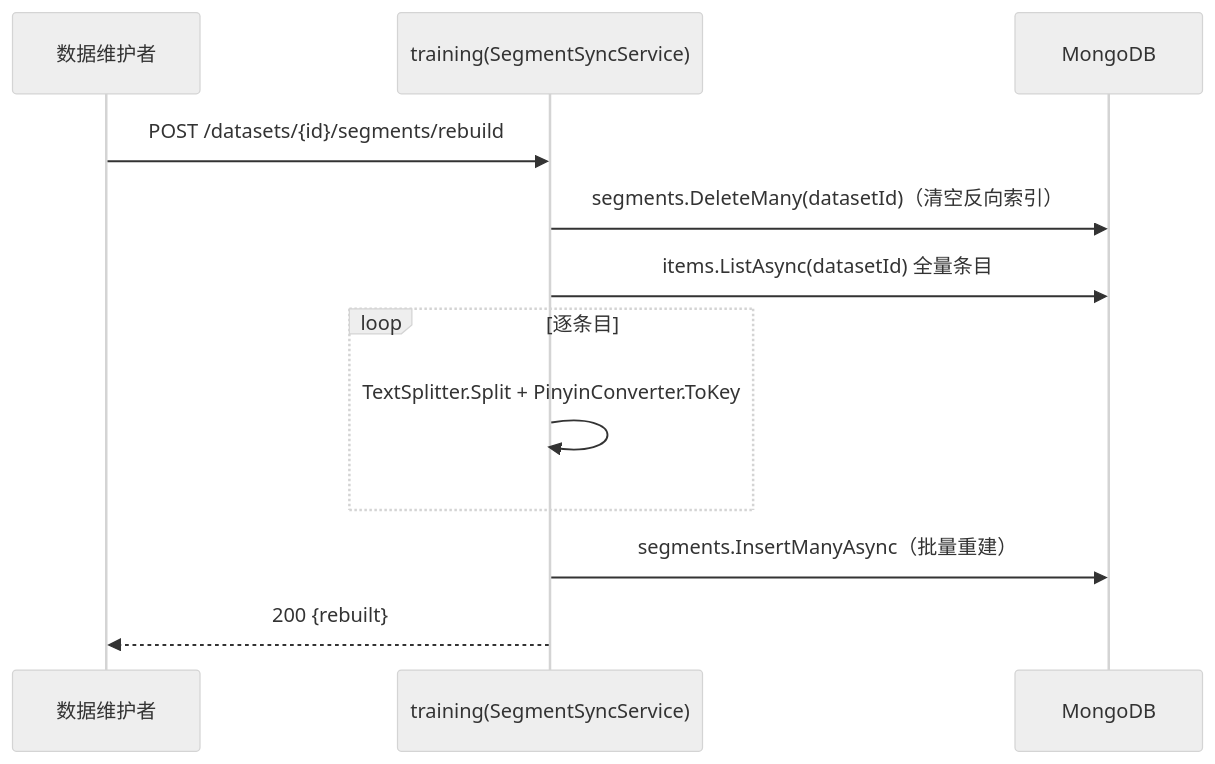
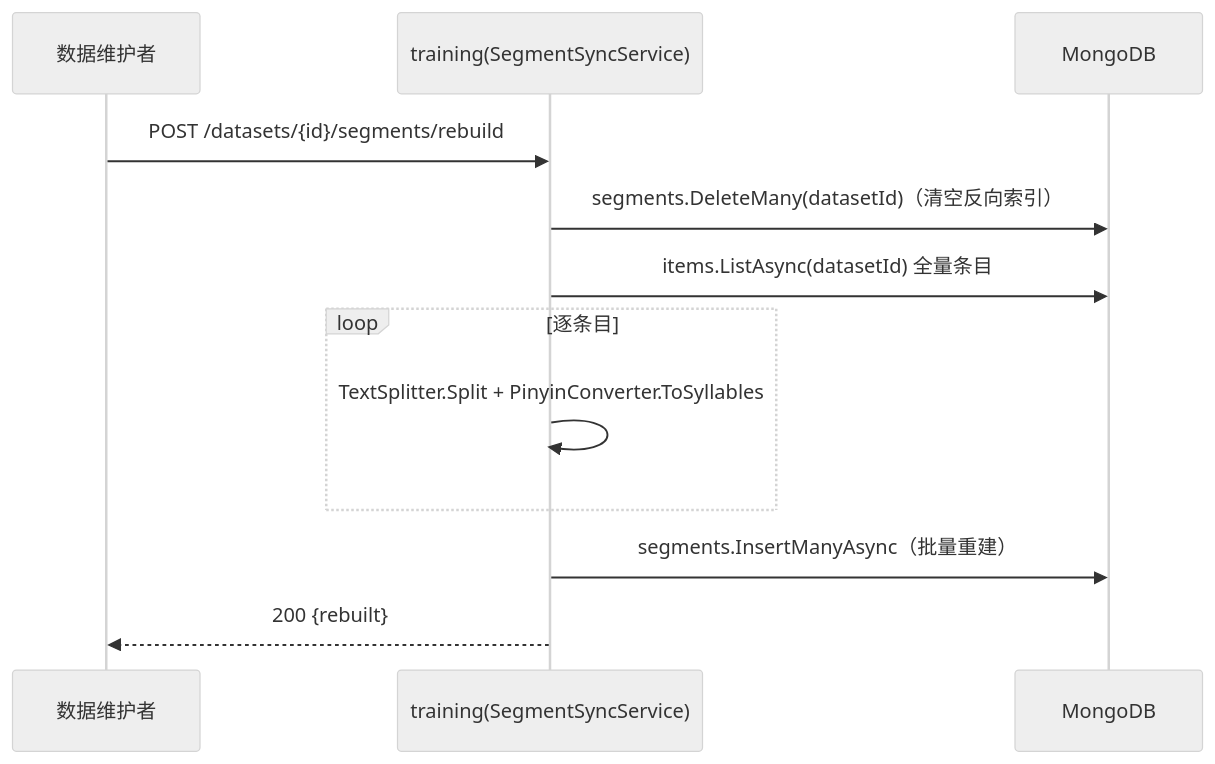
Before and after one commit to Deliay/z-vtuber: the third of 3 diagrams in docs/engineering/proposals/20261001-proposal-training-synthesize-pinyin-match.md, drawn with Mermaid (neutral theme). The commit also changed other lines of this file and 1 other file, not shown here.

````diff
--- a/docs/engineering/proposals/20261001-proposal-training-synthesize-pinyin-match.md
+++ b/docs/engineering/proposals/20261001-proposal-training-synthesize-pinyin-match.md
@@ -207,15 +217,15 @@
 ```mermaid
 sequenceDiagram
     participant U as 数据维护者
     participant T as training(SegmentSyncService)
     participant M as MongoDB
 
     U->>T: POST /datasets/{id}/segments/rebuild
     T->>M: segments.DeleteMany(datasetId)（清空反向索引）
     T->>M: items.ListAsync(datasetId) 全量条目
     loop 逐条目
-        T->>T: TextSplitter.Split + PinyinConverter.ToKey
+        T->>T: TextSplitter.Split + PinyinConverter.ToSyllables
     end
     T->>M: segments.InsertManyAsync（批量重建）
     T-->>U: 200 {rebuilt}
 ```
````
